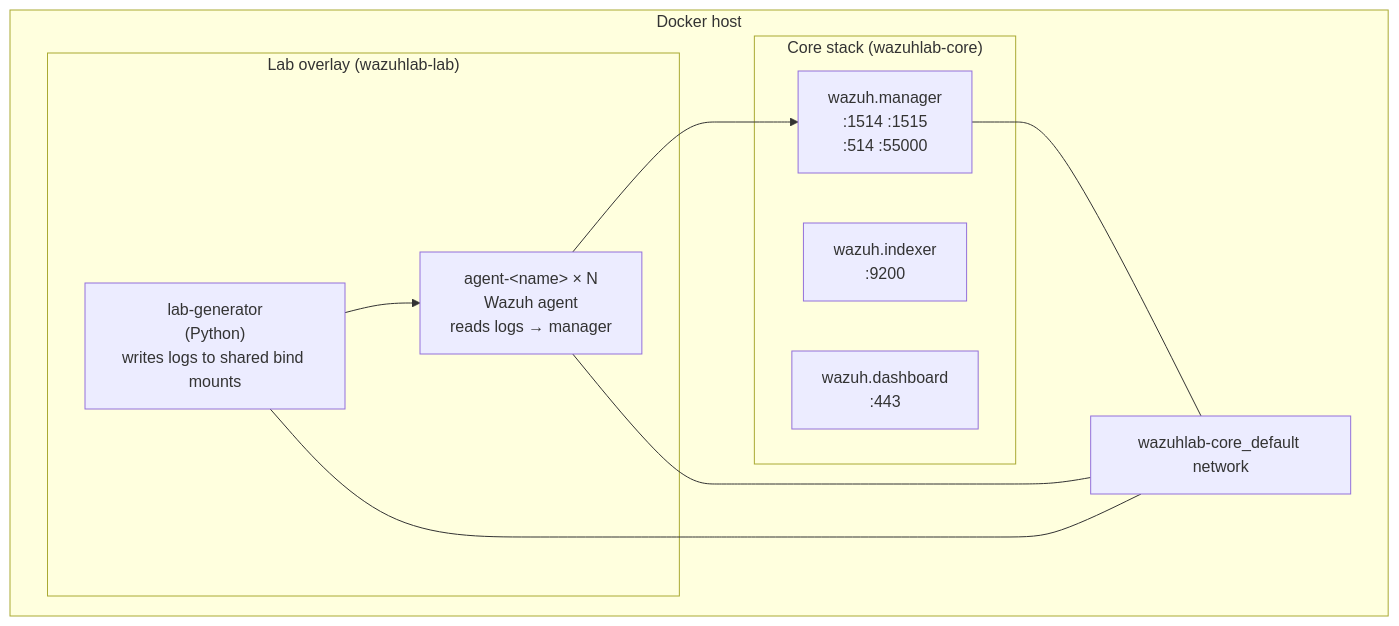
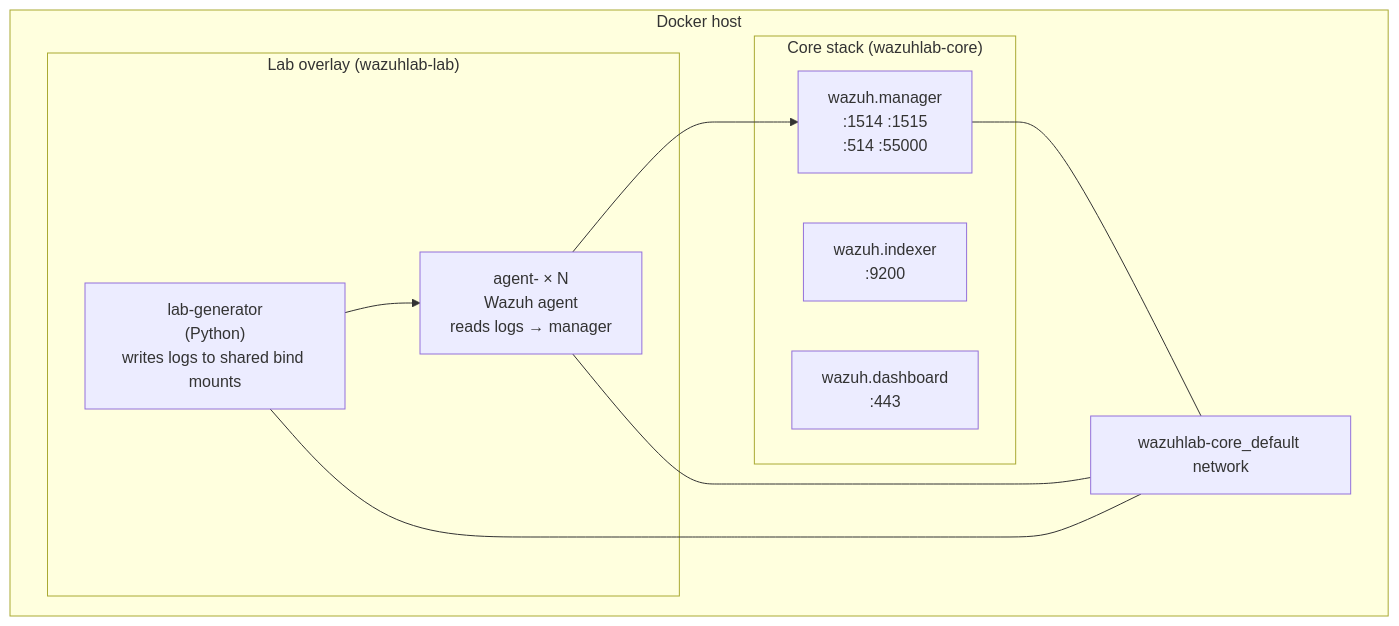
The diagram in README.md (0xhmza/wazuh-home-lab), drawn with Mermaid before and after one commit.

Commit message:
docs: adjust Mermaid agent label syntax
Agent-Logs-Url: https://github.com/0xhmza/wazuh-home-lab/sessions/4c54e6af-c766-48ae-ad0e-f251c78064ff

````diff
--- a/README.md
+++ b/README.md
@@ -9,23 +9,23 @@
 ```mermaid
 flowchart TB
   subgraph docker["Docker host"]
     subgraph core["Core stack (wazuhlab-core)"]
       manager["wazuh.manager<br/>:1514 :1515<br/>:514 :55000"]
       indexer["wazuh.indexer<br/>:9200"]
       dashboard["wazuh.dashboard<br/>:443"]
     end
 
     network["wazuhlab-core_default network"]
 
     subgraph lab["Lab overlay (wazuhlab-lab)"]
       generator["lab-generator<br/>(Python)<br/>writes logs to shared bind mounts"]
-      agents["agent-&lt;name&gt; × N<br/>Wazuh agent<br/>reads logs → manager"]
+      agents["agent-<name> × N<br/>Wazuh agent<br/>reads logs → manager"]
     end
   end
 
   manager --- network
   network --- generator
   network --- agents
   generator --> agents
   agents --> manager
 ```
````
